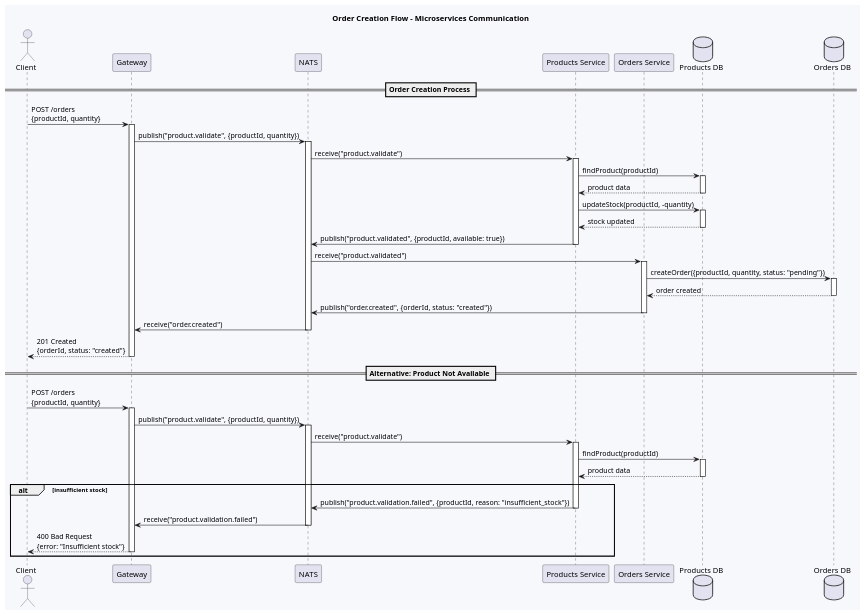
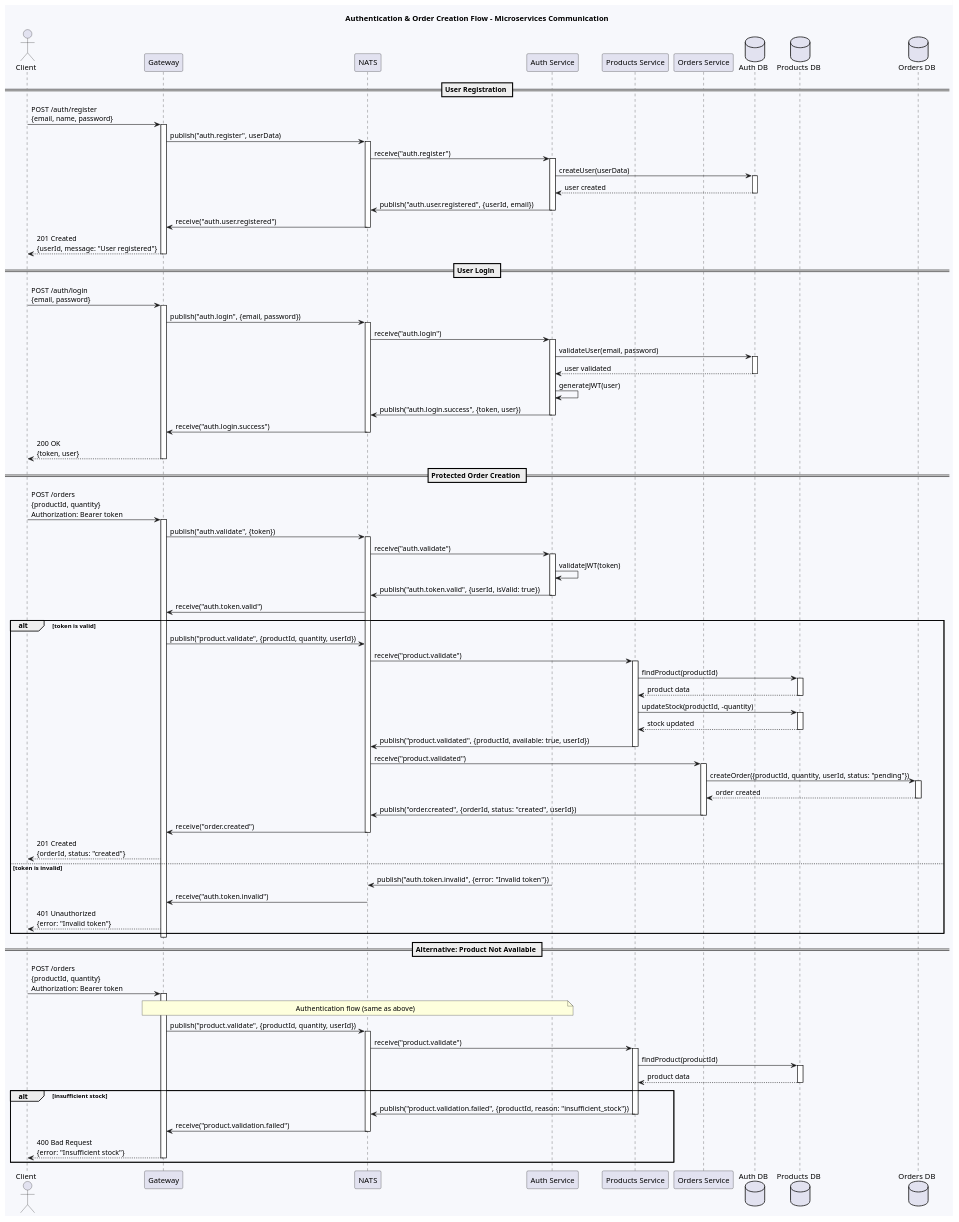
Before and after one commit to Kevin-Caballero/micro-store: the diagram in docs/sequence-diagram.puml, drawn with PlantUML. The commit also changed 7 other files, not shown here.

Commit message:
Add authentication service and update architecture diagrams

```diff
--- a/docs/sequence-diagram.puml
+++ b/docs/sequence-diagram.puml
@@ -1,84 +1,158 @@
 @startuml sequence
-title Order Creation Flow - Microservices Communication
+title Authentication & Order Creation Flow - Microservices Communication
 
 skinparam backgroundColor #F7F8FC
-
-title Order Creation Flow - Microservices Communication
 
 actor "Client" as client
 participant "Gateway" as gateway
 participant "NATS" as nats
+participant "Auth Service" as auth
 participant "Products Service" as products
 participant "Orders Service" as orders
+database "Auth DB" as auth_db
 database "Products DB" as products_db
 database "Orders DB" as orders_db
 
-== Order Creation Process ==
+== User Registration ==
 
-client -> gateway : POST /orders\n{productId, quantity}
+client -> gateway : POST /auth/register\n{email, name, password}
 activate gateway
 
-gateway -> nats : publish("product.validate", {productId, quantity})
+gateway -> nats : publish("auth.register", userData)
 activate nats
 
-nats -> products : receive("product.validate")
-activate products
+nats -> auth : receive("auth.register")
+activate auth
 
-products -> products_db : findProduct(productId)
-activate products_db
-products_db --> products : product data
-deactivate products_db
+auth -> auth_db : createUser(userData)
+activate auth_db
+auth_db --> auth : user created
+deactivate auth_db
 
-products -> products_db : updateStock(productId, -quantity)
-activate products_db
-products_db --> products : stock updated
-deactivate products_db
+auth -> nats : publish("auth.user.registered", {userId, email})
+deactivate auth
 
-products -> nats : publish("product.validated", {productId, available: true})
-deactivate products
-
-nats -> orders : receive("product.validated")
-activate orders
-
-orders -> orders_db : createOrder({productId, quantity, status: "pending"})
-activate orders_db
-orders_db --> orders : order created
-deactivate orders_db
-
-orders -> nats : publish("order.created", {orderId, status: "created"})
-deactivate orders
-
-nats -> gateway : receive("order.created")
+nats -> gateway : receive("auth.user.registered")
 deactivate nats
 
-gateway --> client : 201 Created\n{orderId, status: "created"}
+gateway --> client : 201 Created\n{userId, message: "User registered"}
+deactivate gateway
+
+== User Login ==
+
+client -> gateway : POST /auth/login\n{email, password}
+activate gateway
+
+gateway -> nats : publish("auth.login", {email, password})
+activate nats
+
+nats -> auth : receive("auth.login")
+activate auth
+
+auth -> auth_db : validateUser(email, password)
+activate auth_db
+auth_db --> auth : user validated
+deactivate auth_db
+
+auth -> auth : generateJWT(user)
+auth -> nats : publish("auth.login.success", {token, user})
+deactivate auth
+
+nats -> gateway : receive("auth.login.success")
+deactivate nats
+
+gateway --> client : 200 OK\n{token, user}
+deactivate gateway
+
+== Protected Order Creation ==
+
+client -> gateway : POST /orders\n{productId, quantity}\nAuthorization: Bearer token
+activate gateway
+
+gateway -> nats : publish("auth.validate", {token})
+activate nats
+
+nats -> auth : receive("auth.validate")
+activate auth
+
+auth -> auth : validateJWT(token)
+auth -> nats : publish("auth.token.valid", {userId, isValid: true})
+deactivate auth
+
+nats -> gateway : receive("auth.token.valid")
+
+alt token is valid
+    gateway -> nats : publish("product.validate", {productId, quantity, userId})
+    
+    nats -> products : receive("product.validate")
+    activate products
+    
+    products -> products_db : findProduct(productId)
+    activate products_db
+    products_db --> products : product data
+    deactivate products_db
+    
+    products -> products_db : updateStock(productId, -quantity)
+    activate products_db
+    products_db --> products : stock updated
+    deactivate products_db
+    
+    products -> nats : publish("product.validated", {productId, available: true, userId})
+    deactivate products
+    
+    nats -> orders : receive("product.validated")
+    activate orders
+    
+    orders -> orders_db : createOrder({productId, quantity, userId, status: "pending"})
+    activate orders_db
+    orders_db --> orders : order created
+    deactivate orders_db
+    
+    orders -> nats : publish("order.created", {orderId, status: "created", userId})
+    deactivate orders
+    
+    nats -> gateway : receive("order.created")
+    deactivate nats
+    
+    gateway --> client : 201 Created\n{orderId, status: "created"}
+
+else token is invalid
+    auth -> nats : publish("auth.token.invalid", {error: "Invalid token"})
+    nats -> gateway : receive("auth.token.invalid")
+    deactivate nats
+    
+    gateway --> client : 401 Unauthorized\n{error: "Invalid token"}
+end
+
 deactivate gateway
 
 == Alternative: Product Not Available ==
 
-client -> gateway : POST /orders\n{productId, quantity}
+client -> gateway : POST /orders\n{productId, quantity}\nAuthorization: Bearer token
 activate gateway
 
-gateway -> nats : publish("product.validate", {productId, quantity})
+note over gateway, auth : Authentication flow (same as above)
+
+gateway -> nats : publish("product.validate", {productId, quantity, userId})
 activate nats
 
 nats -> products : receive("product.validate")
 activate products
 
 products -> products_db : findProduct(productId)
 activate products_db
 products_db --> products : product data
 deactivate products_db
 
 alt insufficient stock
     products -> nats : publish("product.validation.failed", {productId, reason: "insufficient_stock"})
     deactivate products
     
     nats -> gateway : receive("product.validation.failed")
     deactivate nats
     
     gateway --> client : 400 Bad Request\n{error: "Insufficient stock"}
     deactivate gateway
 end
 
 @enduml
```
